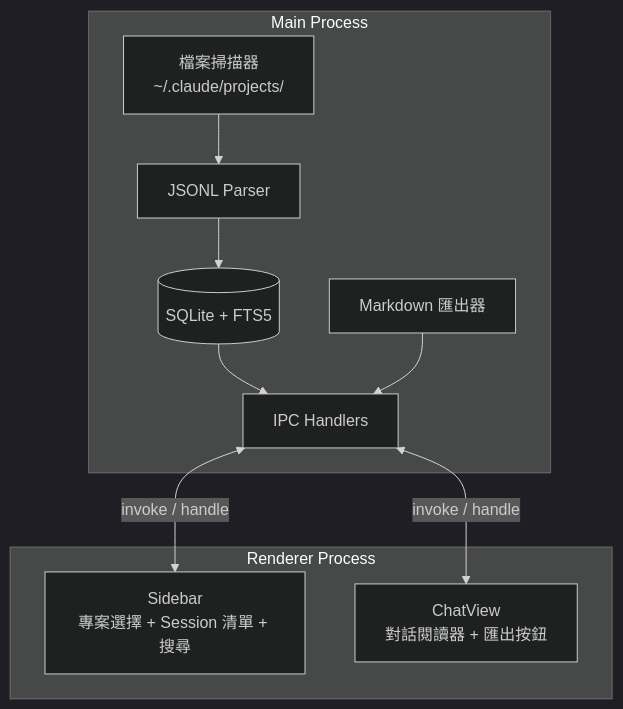
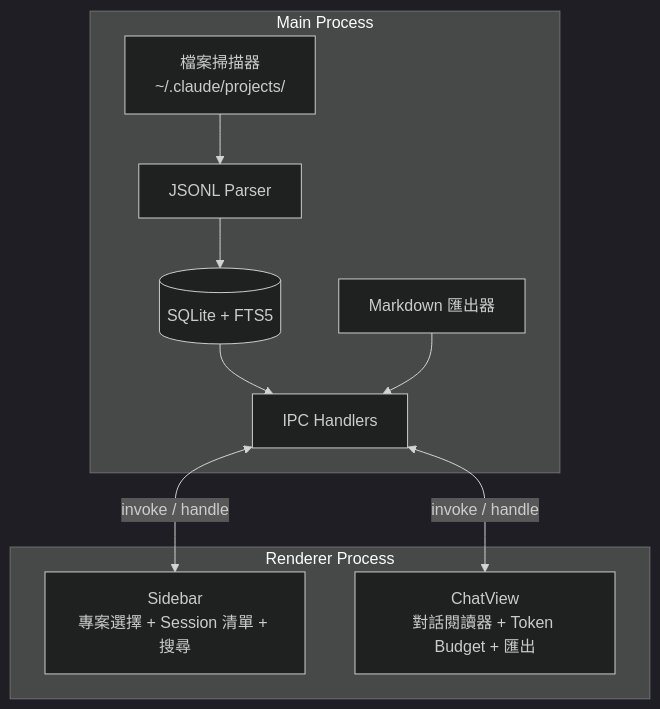
One commit to tznthou/ccRewind changed the diagram in README.md. Above: the diagram before and after it, drawn with Mermaid (dark theme). The commit also changed other lines of this file and 2 other files, not shown here.

````diff
--- a/README.md
+++ b/README.md
@@ -81,17 +96,17 @@
 ```mermaid
 graph TB
     subgraph Main Process
         FS[檔案掃描器<br>~/.claude/projects/] --> JP[JSONL Parser]
         JP --> DB[(SQLite + FTS5)]
         DB --> IPC[IPC Handlers]
         EX[Markdown 匯出器] --> IPC
     end
 
     subgraph Renderer Process
         SB[Sidebar<br>專案選擇 + Session 清單 + 搜尋]
-        CV[ChatView<br>對話閱讀器 + 匯出按鈕]
+        CV[ChatView<br>對話閱讀器 + Token Budget + 匯出]
     end
 
     IPC <-->|invoke / handle| SB
     IPC <-->|invoke / handle| CV
 ```
````
